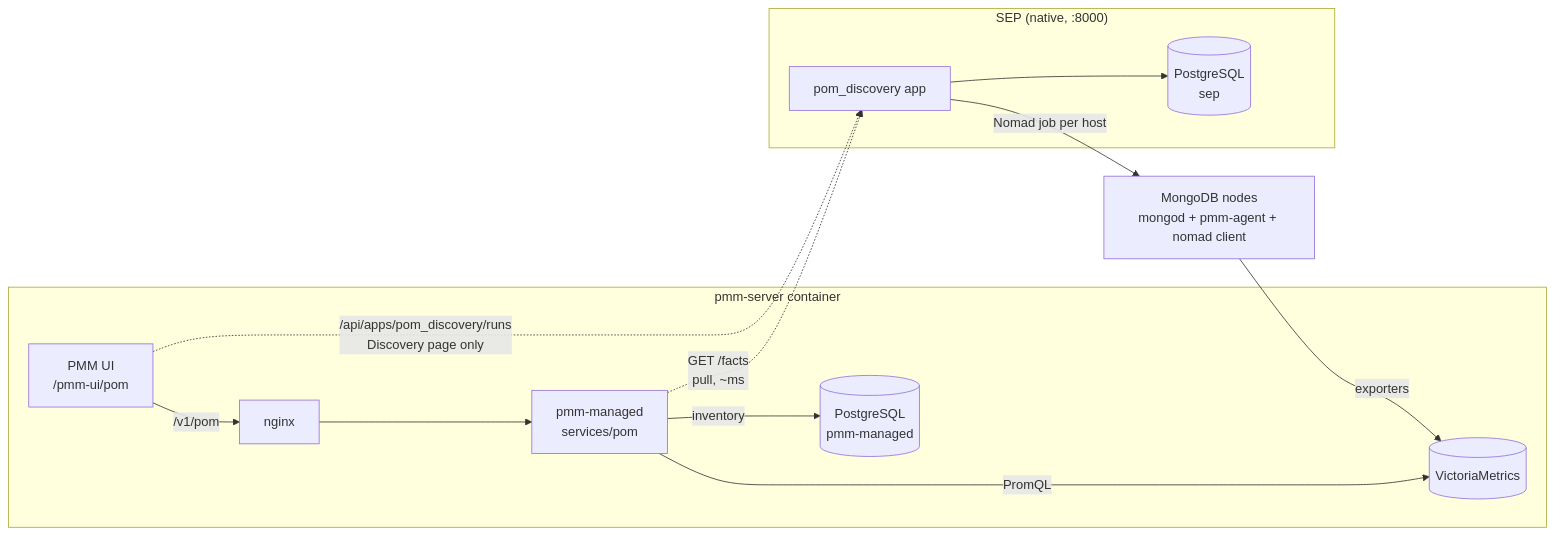
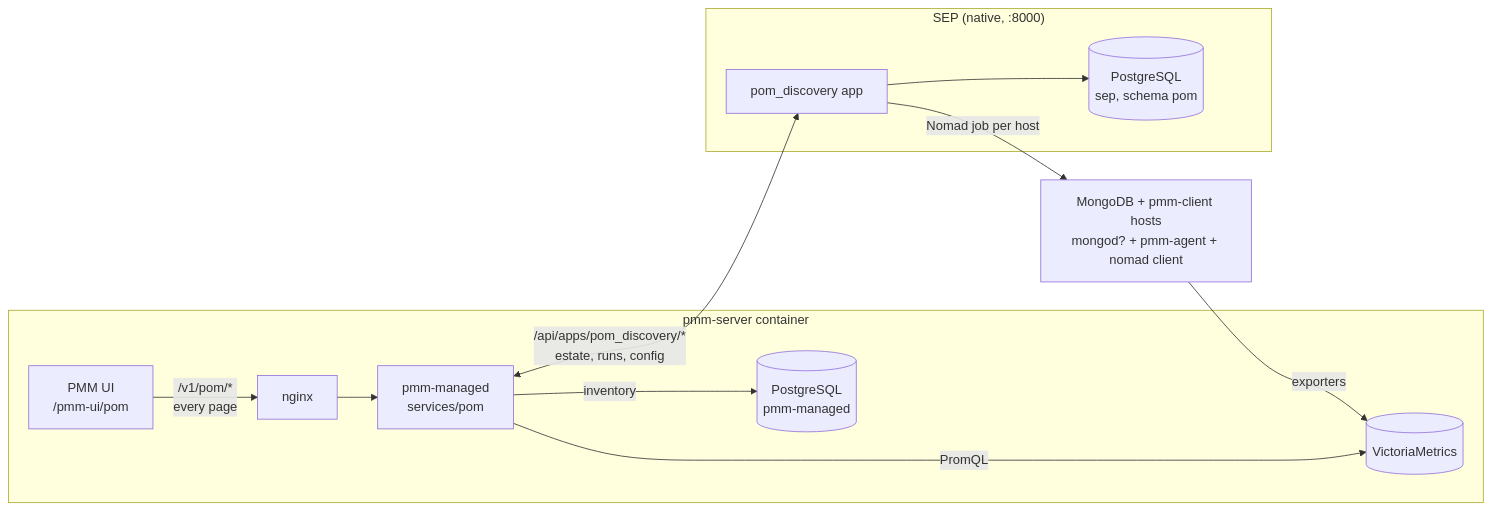
The first of 4 diagrams in docs/architecture.md (Percona-Lab/pom-workspace), drawn with Mermaid before and after one commit. The commit also changed other lines of this file and 4 other files, not shown here.

````diff
--- a/docs/architecture.md
+++ b/docs/architecture.md
@@ -26,24 +33,23 @@
 ```mermaid
 flowchart LR
     subgraph PMM["pmm-server container"]
         UI["PMM UI<br/>/pmm-ui/pom"]
         NGX["nginx"]
         POM["pmm-managed<br/>services/pom"]
         PG[("PostgreSQL<br/>pmm-managed")]
         VM[("VictoriaMetrics")]
     end
     subgraph SEP["SEP (native, :8000)"]
         DISC["pom_discovery app"]
-        SPG[("PostgreSQL<br/>sep")]
+        SPG[("PostgreSQL<br/>sep, schema pom")]
     end
-    NODES["MongoDB nodes<br/>mongod + pmm-agent + nomad client"]
+    NODES["MongoDB + pmm-client hosts<br/>mongod? + pmm-agent + nomad client"]
 
-    UI -->|"/v1/pom"| NGX --> POM
+    UI -->|"/v1/pom/*<br/>every page"| NGX --> POM
     POM -->|"inventory"| PG
     POM -->|"PromQL"| VM
-    POM -.->|"GET /facts<br/>pull, ~ms"| DISC
-    UI -.->|"/api/apps/pom_discovery/runs<br/>Discovery page only"| DISC
+    POM <-->|"/api/apps/pom_discovery/*<br/>estate, runs, config"| DISC
     DISC --> SPG
     DISC -->|"Nomad job per host"| NODES
     NODES -->|"exporters"| VM
 ```
````
